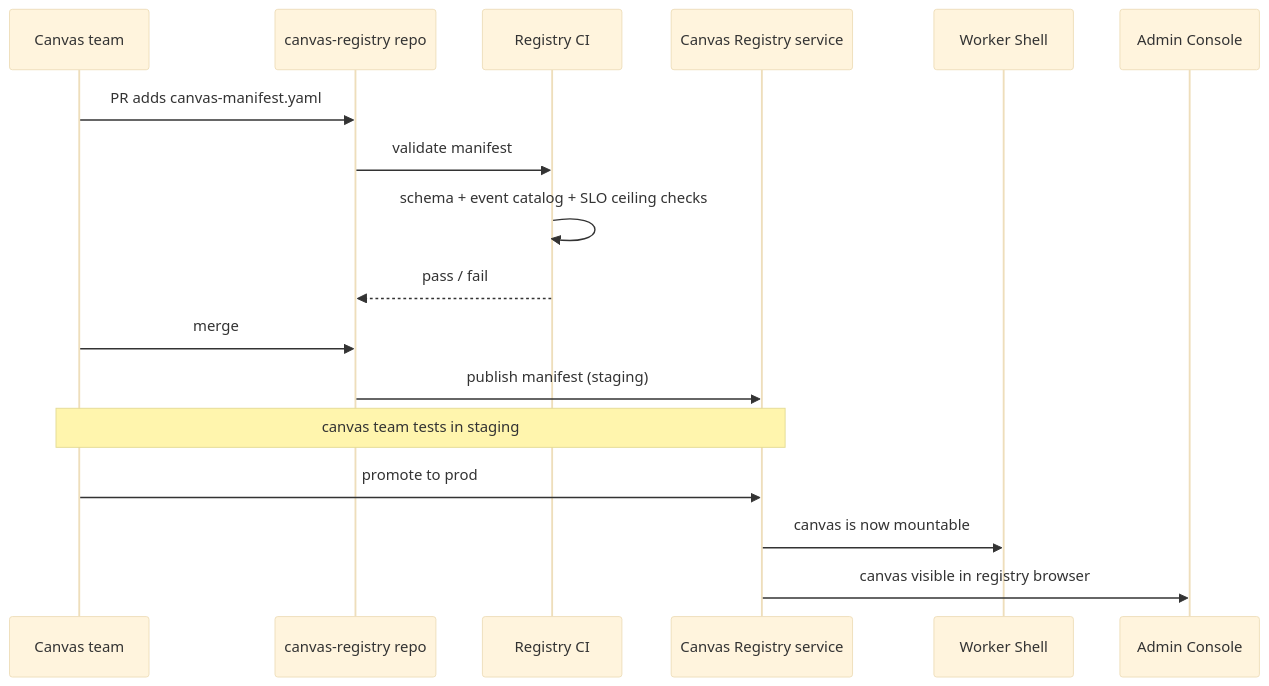
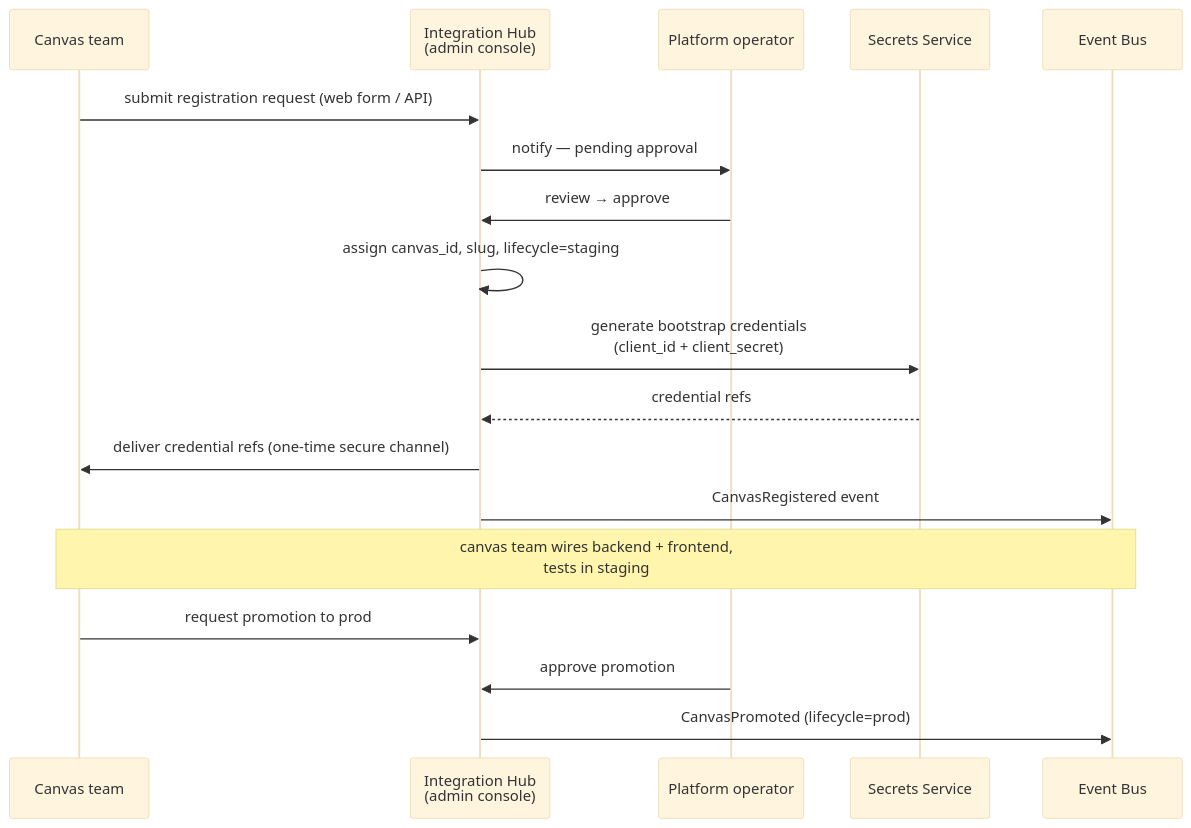
The second of 5 diagrams in AGIOS_PLATFORM/CANVAS_SDK.md (ashutosh-turing/turing-platform-design-doc), drawn with Mermaid (base theme) before and after one commit. The commit also changed other lines of this file and 3 other files, not shown here.

First line of the commit message:
refactor: AGI-OS platform documentation and architecture

````diff
--- a/AGIOS_PLATFORM/CANVAS_SDK.md
+++ b/AGIOS_PLATFORM/CANVAS_SDK.md
@@ -357,20 +167,21 @@
 ```mermaid
 sequenceDiagram
-    participant Canvas as Canvas team
-    participant Repo as canvas-registry repo
-    participant CI as Registry CI
-    participant Reg as Canvas Registry service
-    participant Shell as Worker Shell
-    participant Admin as Admin Console
+    participant Team as Canvas team
+    participant IH as Integration Hub<br/>(admin console)
+    participant Op as Platform operator
+    participant Secrets as Secrets Service
+    participant Bus as Event Bus
 
-    Canvas->>Repo: PR adds canvas-manifest.yaml
-    Repo->>CI: validate manifest
-    CI->>CI: schema + event catalog + SLO ceiling checks
-    CI-->>Repo: pass / fail
-    Canvas->>Repo: merge
-    Repo->>Reg: publish manifest (staging)
-    Note over Canvas,Reg: canvas team tests in staging
-    Canvas->>Reg: promote to prod
-    Reg->>Shell: canvas is now mountable
-    Reg->>Admin: canvas visible in registry browser
+    Team->>IH: submit registration request (web form / API)
+    IH->>Op: notify — pending approval
+    Op->>IH: review → approve
+    IH->>IH: assign canvas_id, slug, lifecycle=staging
+    IH->>Secrets: generate bootstrap credentials<br/>(client_id + client_secret)
+    Secrets-->>IH: credential refs
+    IH->>Team: deliver credential refs (one-time secure channel)
+    IH->>Bus: CanvasRegistered event
+    Note over Team,Bus: canvas team wires backend + frontend,<br/>tests in staging
+    Team->>IH: request promotion to prod
+    Op->>IH: approve promotion
+    IH->>Bus: CanvasPromoted (lifecycle=prod)
 ```
````
